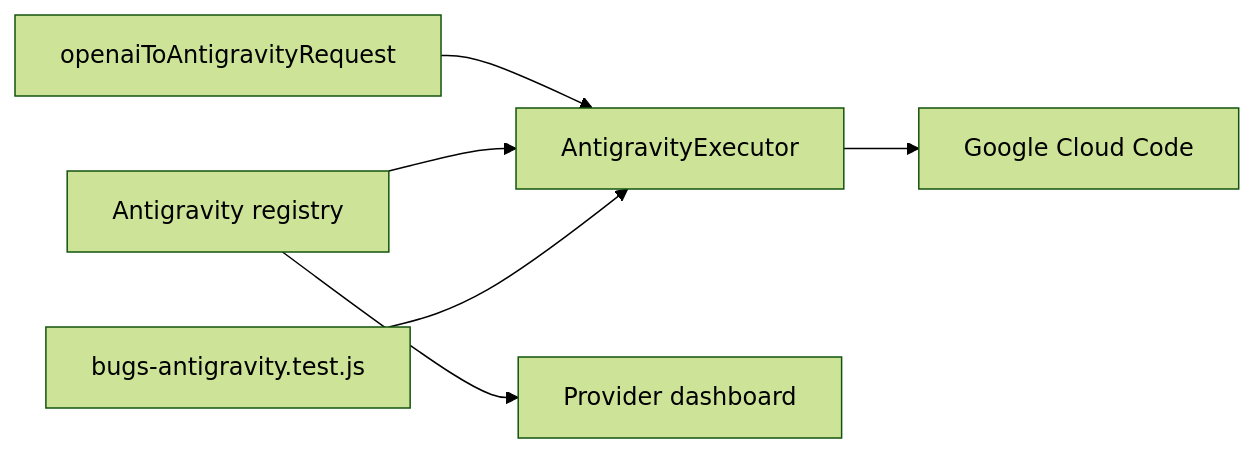
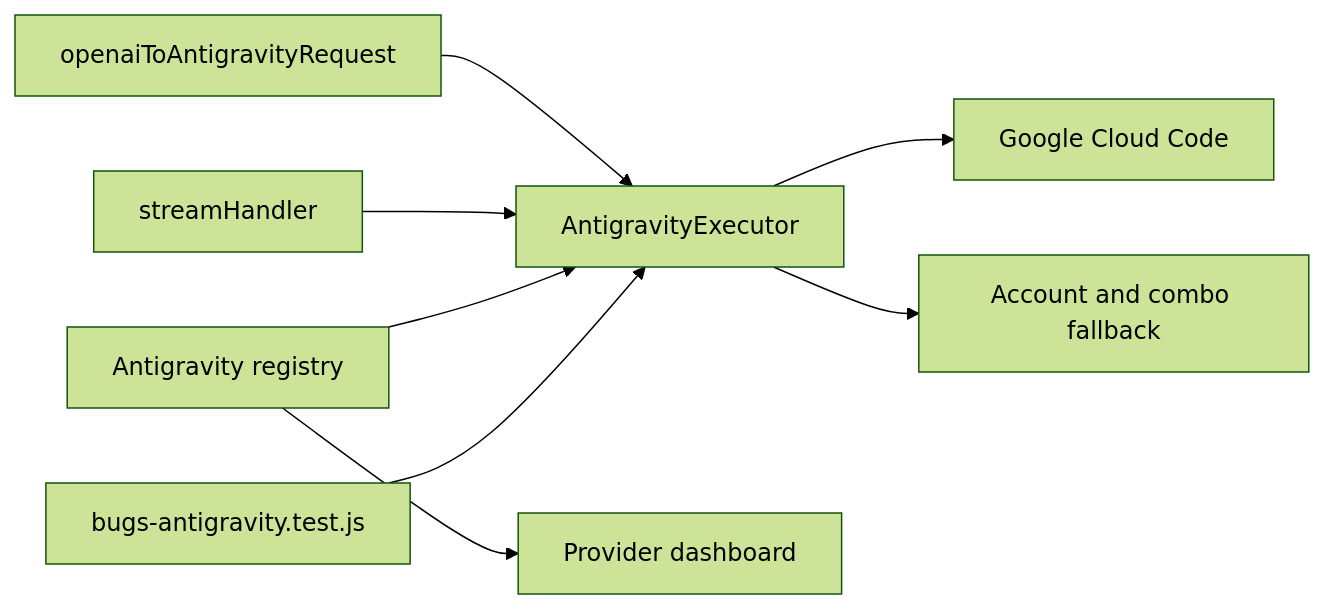
One commit to allanbatista/9router changed the diagram in memory/antigravity/README.md. Above: the diagram before and after it, drawn with Mermaid (forest theme). The commit also changed other lines of this file and 29 other files, not shown here.

Commit message:
feat: add automatic model fallback chains and stream timeout handling

````diff
--- a/memory/antigravity/README.md
+++ b/memory/antigravity/README.md
@@ -14,8 +14,10 @@
 ```mermaid
 flowchart LR
   TRANSLATOR[openaiToAntigravityRequest] --> EXECUTOR[AntigravityExecutor]
   EXECUTOR --> UPSTREAM[Google Cloud Code]
+  WATCHDOG[streamHandler] --> EXECUTOR
+  EXECUTOR --> FALLBACK[Account and combo fallback]
   REGISTRY[Antigravity registry] --> DASHBOARD[Provider dashboard]
   REGISTRY --> EXECUTOR
   TESTS[bugs-antigravity.test.js] --> EXECUTOR
 ```
````
